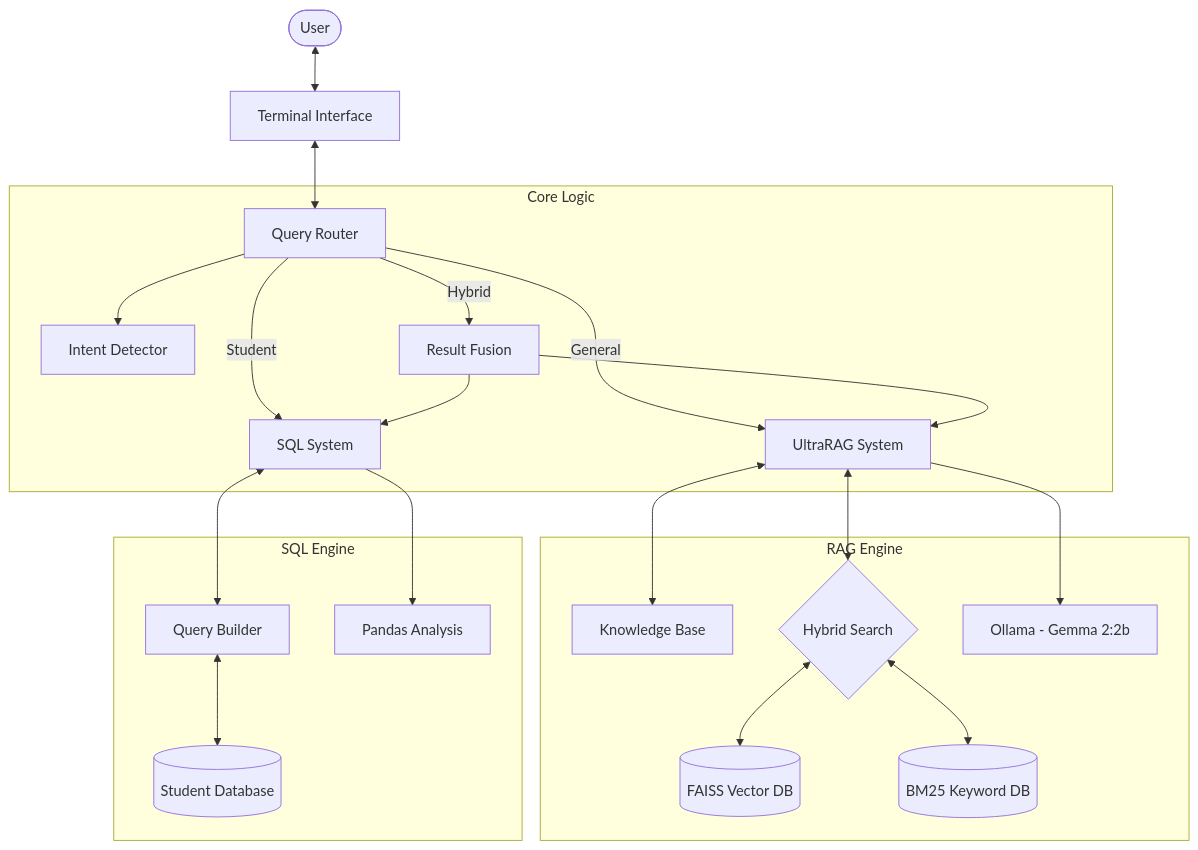
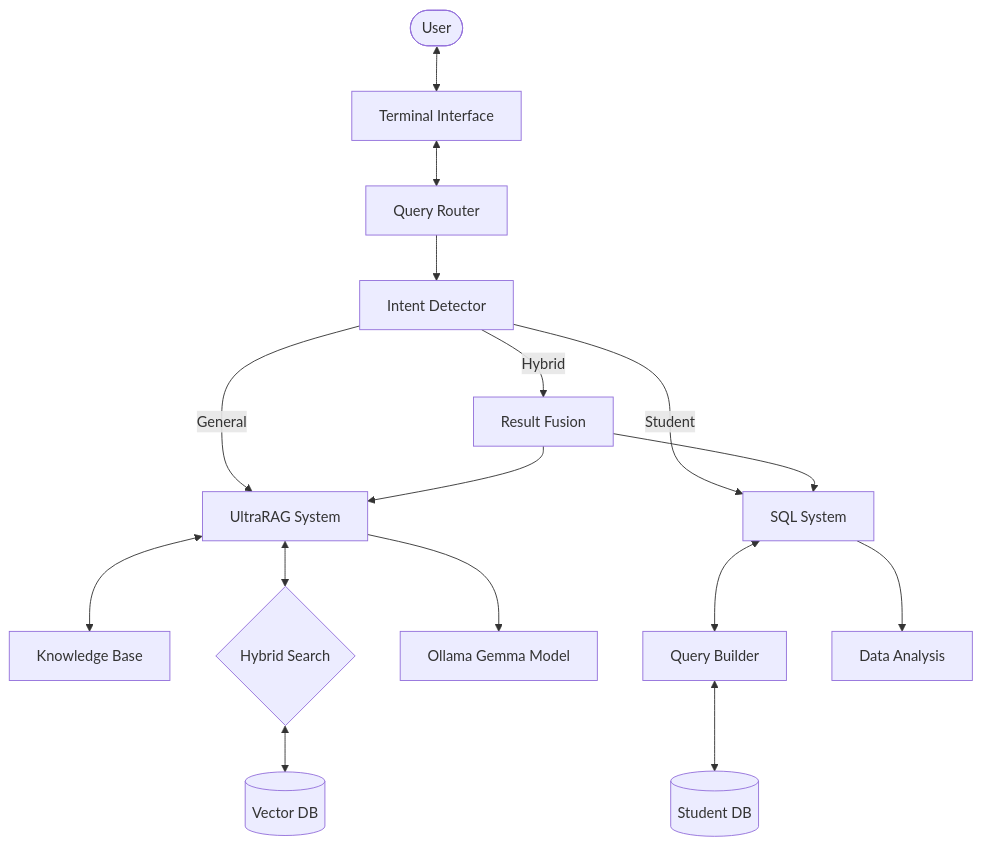
The first of 2 diagrams in README.md (VijayKiran-2004/College-Chat-Bot), drawn with Mermaid before and after one commit.

Commit message:
Simplify system architecture diagram for compatibility

````diff
--- a/README.md
+++ b/README.md
@@ -100,30 +100,22 @@
 ```mermaid
 graph TD
-    User([User]) <--> Interface["Terminal Interface"]
-    Interface <--> Router["Query Router"]
+    User([User]) <--> Interface[Terminal Interface]
+    Interface <--> Router[Query Router]
+    Router --> Detector[Intent Detector]
     
-    subgraph "Core Logic"
-        Router --> Detector["Intent Detector"]
-        
-        Router -->|General| RAG["UltraRAG System"]
-        Router -->|Student| SQL["SQL System"]
-        Router -->|Hybrid| Fusion["Result Fusion"]
-        
-        Fusion --> RAG
-        Fusion --> SQL
-    end
+    Detector -->|General| RAG[UltraRAG System]
+    Detector -->|Student| SQL[SQL System]
+    Detector -->|Hybrid| Fusion[Result Fusion]
     
-    subgraph "RAG Engine"
-        RAG <--> KB["Knowledge Base"]
-        RAG <--> HybridSearch{"Hybrid Search"}
-        HybridSearch <--> FAISS[(FAISS Vector DB)]
-        HybridSearch <--> BM25[(BM25 Keyword DB)]
-        RAG --> LLM["Ollama - Gemma 2:2b"]
-    end
+    Fusion --> RAG
+    Fusion --> SQL
     
-    subgraph "SQL Engine"
-        SQL <--> QueryBuilder["Query Builder"]
-        QueryBuilder <--> SQLite[(Student Database)]
-        SQL --> Pandas["Pandas Analysis"]
-    end
+    RAG <--> KB[Knowledge Base]
+    RAG <--> HybridSearch{Hybrid Search}
+    HybridSearch <--> VectorDB[(Vector DB)]
+    RAG --> LLM[Ollama Gemma Model]
+    
+    SQL <--> QueryBuilder[Query Builder]
+    QueryBuilder <--> DB[(Student DB)]
+    SQL --> Analysis[Data Analysis]
 ```
````
